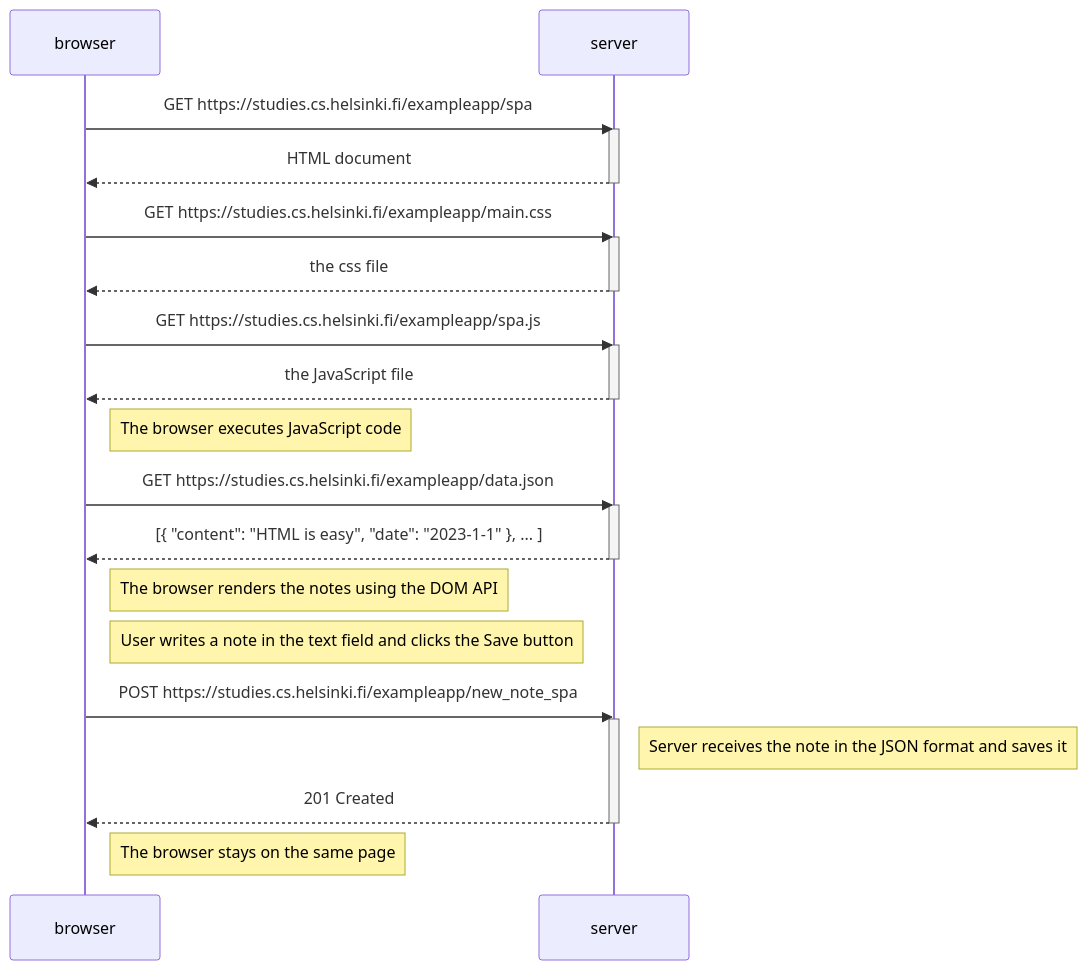
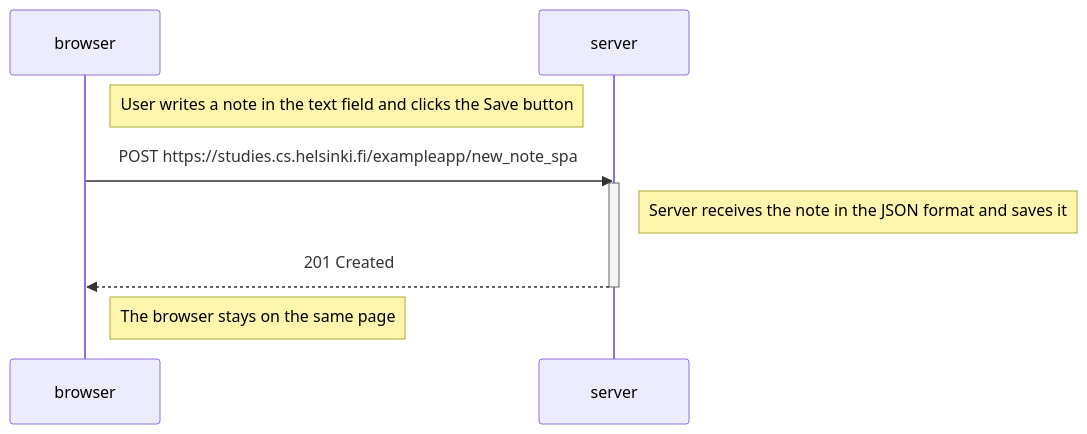
The diagram in part0/0.6_New_note_in_Single_page_app_diagram.md (kastashenkova/fullstack-web-development), drawn with Mermaid before and after one commit.

Commit message:
Simplify sequence diagram for note saving process

````diff
--- a/part0/0.6_New_note_in_Single_page_app_diagram.md
+++ b/part0/0.6_New_note_in_Single_page_app_diagram.md
@@ -1,38 +1,14 @@
 ```mermaid
 sequenceDiagram
     participant browser
     participant server
-
-    browser->>server: GET https://studies.cs.helsinki.fi/exampleapp/spa
-    activate server
-    server-->>browser: HTML document
-    deactivate server
-
-    browser->>server: GET https://studies.cs.helsinki.fi/exampleapp/main.css
-    activate server
-    server-->>browser: the css file
-    deactivate server
-
-    browser->>server: GET https://studies.cs.helsinki.fi/exampleapp/spa.js
-    activate server
-    server-->>browser: the JavaScript file
-    deactivate server
-
-    Note right of browser: The browser executes JavaScript code
-
-    browser->>server: GET https://studies.cs.helsinki.fi/exampleapp/data.json
-    activate server
-    server-->>browser: [{ "content": "HTML is easy", "date": "2023-1-1" }, ... ]
-    deactivate server
-
-    Note right of browser: The browser renders the notes using the DOM API
 
     Note right of browser: User writes a note in the text field and clicks the Save button
     
     browser->>server: POST https://studies.cs.helsinki.fi/exampleapp/new_note_spa
     activate server
     Note right of server: Server receives the note in the JSON format and saves it
     server-->>browser: 201 Created
     deactivate server
     Note right of browser: The browser stays on the same page
 ```
````
